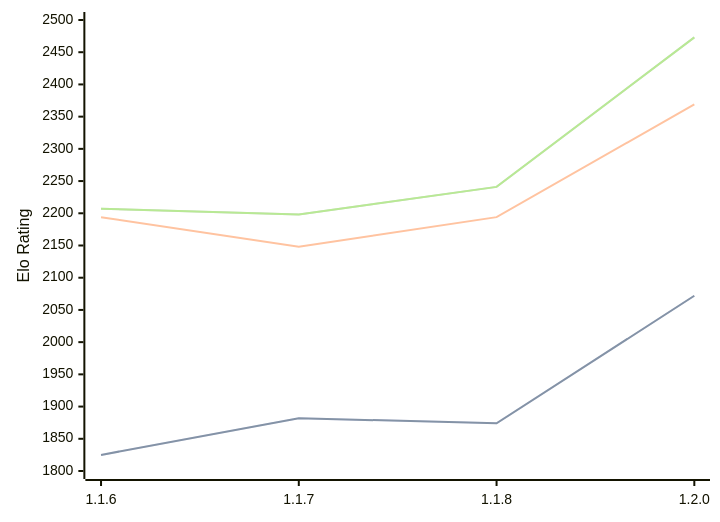
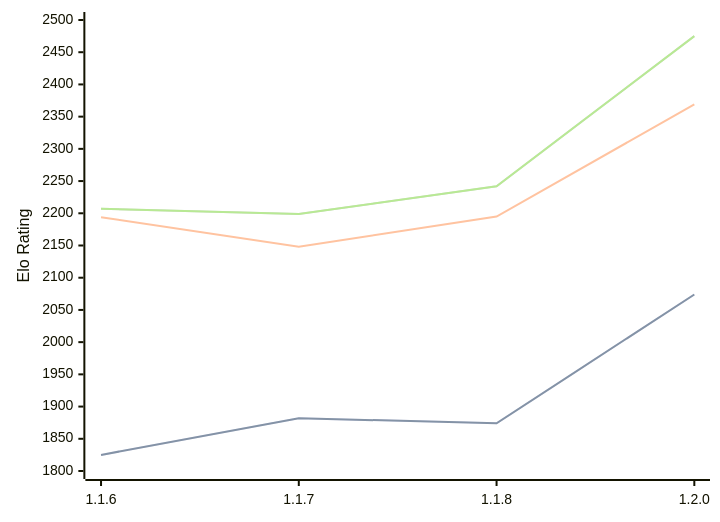
One commit to computer-chess-index/cci changed the diagram in engines/Soomi.md. Above: the diagram before and after it, drawn with Mermaid. The commit also changed other lines of this file, not shown here.

Commit message:
Update CCI Ratings (ELO VLTC) - 2026-02-18

````diff
--- a/engines/Soomi.md
+++ b/engines/Soomi.md
@@ -31,11 +31,11 @@
 ```mermaid
 %%{init: {"theme":"base","themeVariables":{"seriesColors:['#a3a3a3','#222221','#faa371']}}}%%
 xychart-beta
   x-axis ["1.1.6", "1.1.7", "1.1.8", "1.2.0"]
   y-axis "Elo Rating" 1800 --> 2500
-  line "STC (8.0+0.08s)" [1825, 1882, 1874, 2072]
-  line "STC (8.0+0.08s)" [1825, 1882, 1874, 2072]
-  line "LTC (60.0+0.60s)" [2194, 2148, 2194, 2369]
-  line "VLTC (2m24s+1.12s)" [2207, 2198, 2241, 2473]
-  line "VLTC (2m24s+1.12s)" [2207, 2198, 2241, 2473]
+  line "STC (8.0+0.08s)" [1825, 1882, 1874, 2074]
+  line "STC (8.0+0.08s)" [1825, 1882, 1874, 2074]
+  line "LTC (60.0+0.60s)" [2194, 2148, 2195, 2369]
+  line "VLTC (2m24s+1.12s)" [2207, 2199, 2242, 2475]
+  line "VLTC (2m24s+1.12s)" [2207, 2199, 2242, 2475]
 ```
````
